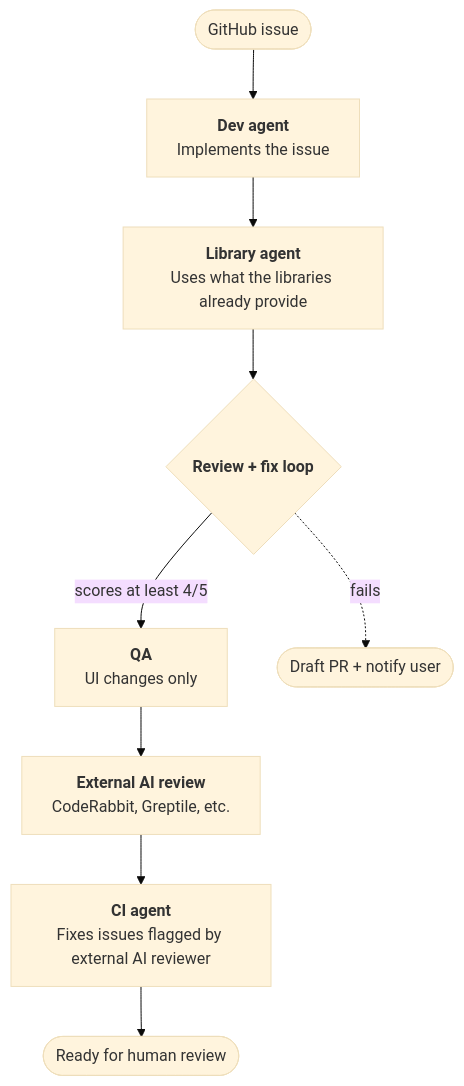
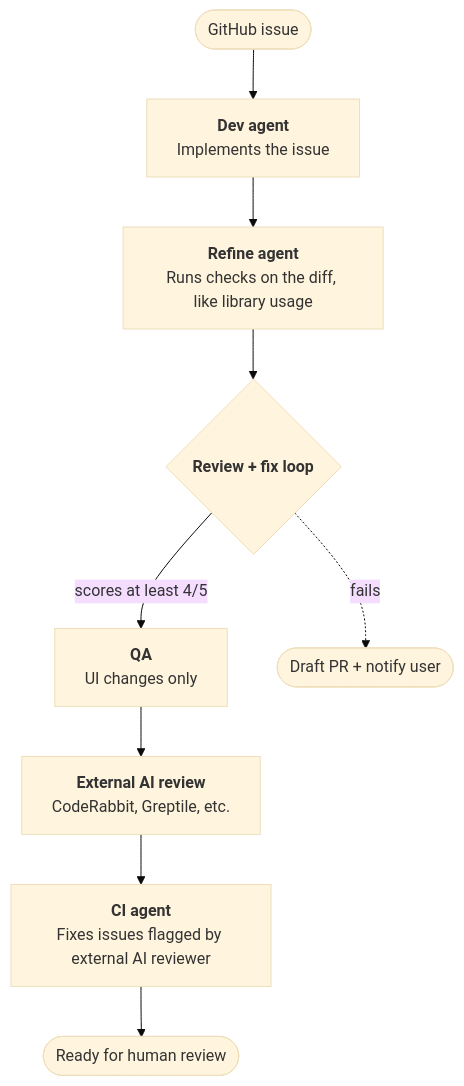
The diagram in README.md (tyler-mcdonald/skills), drawn with Mermaid (base theme) before and after one commit. The commit also changed 4 other files, not shown here.

Commit message:
Add refine-diff parent with report-only library check

````diff
--- a/README.md
+++ b/README.md
@@ -11,16 +11,16 @@
 ```mermaid
 flowchart TD
     A([GitHub issue]) --> B["`**Dev agent**
 Implements the issue`"]
-    B --> C["`**Library agent**
-Uses what the libraries already provide`"]
+    B --> C["`**Refine agent**
+Runs checks on the diff, like library usage`"]
     C --> D{"`**Review + fix loop**`"}
     D -->|scores at least 4/5| E["`**QA**
 UI changes only`"]
     D -.->|fails| X([Draft PR + notify user])
     E --> F["`**External AI review**
 CodeRabbit, Greptile, etc.`"]
     F --> G["`**CI agent**
 Fixes issues flagged by external AI reviewer`"]
     G --> H([Ready for human review])
 ```
````
